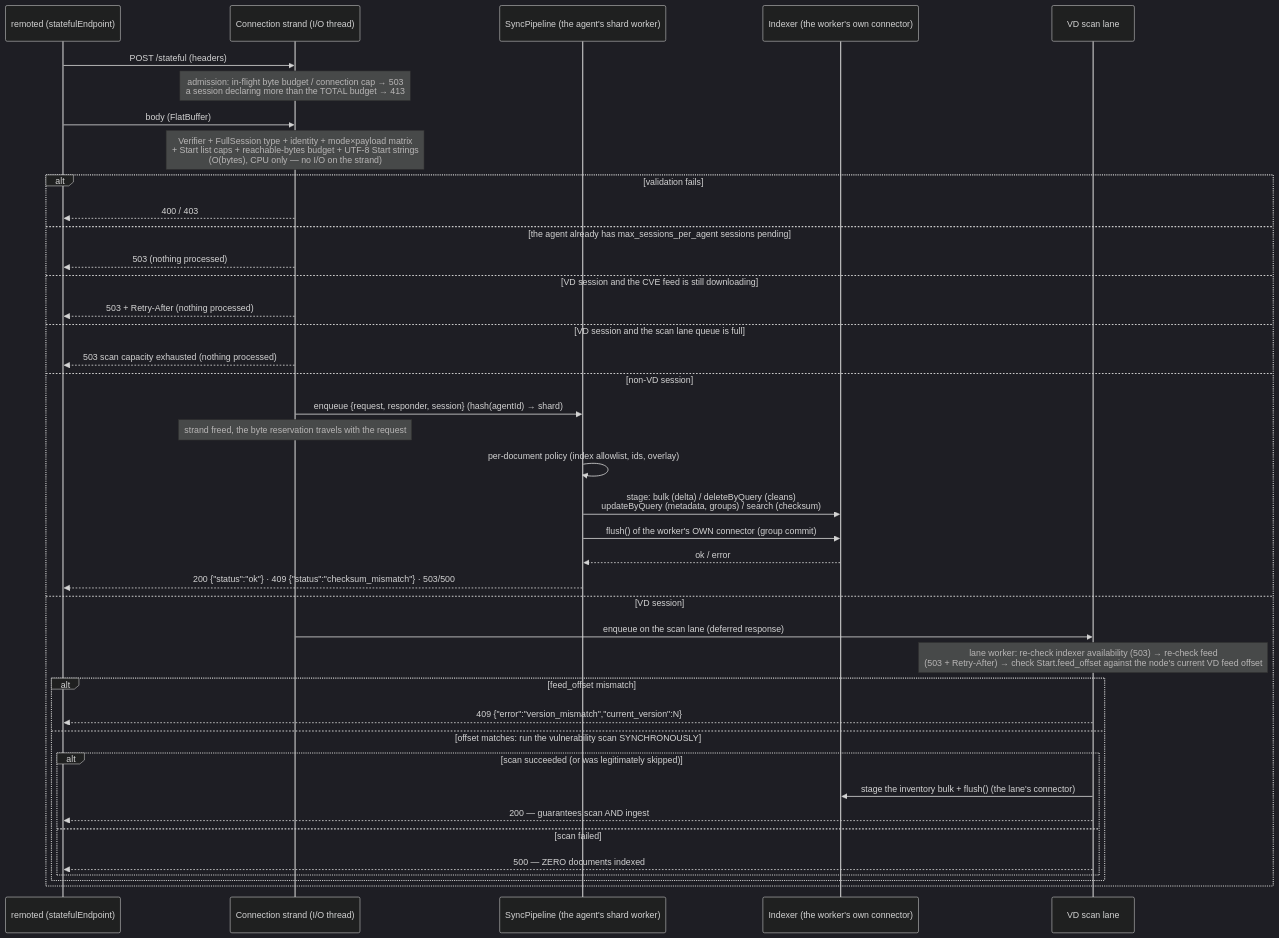
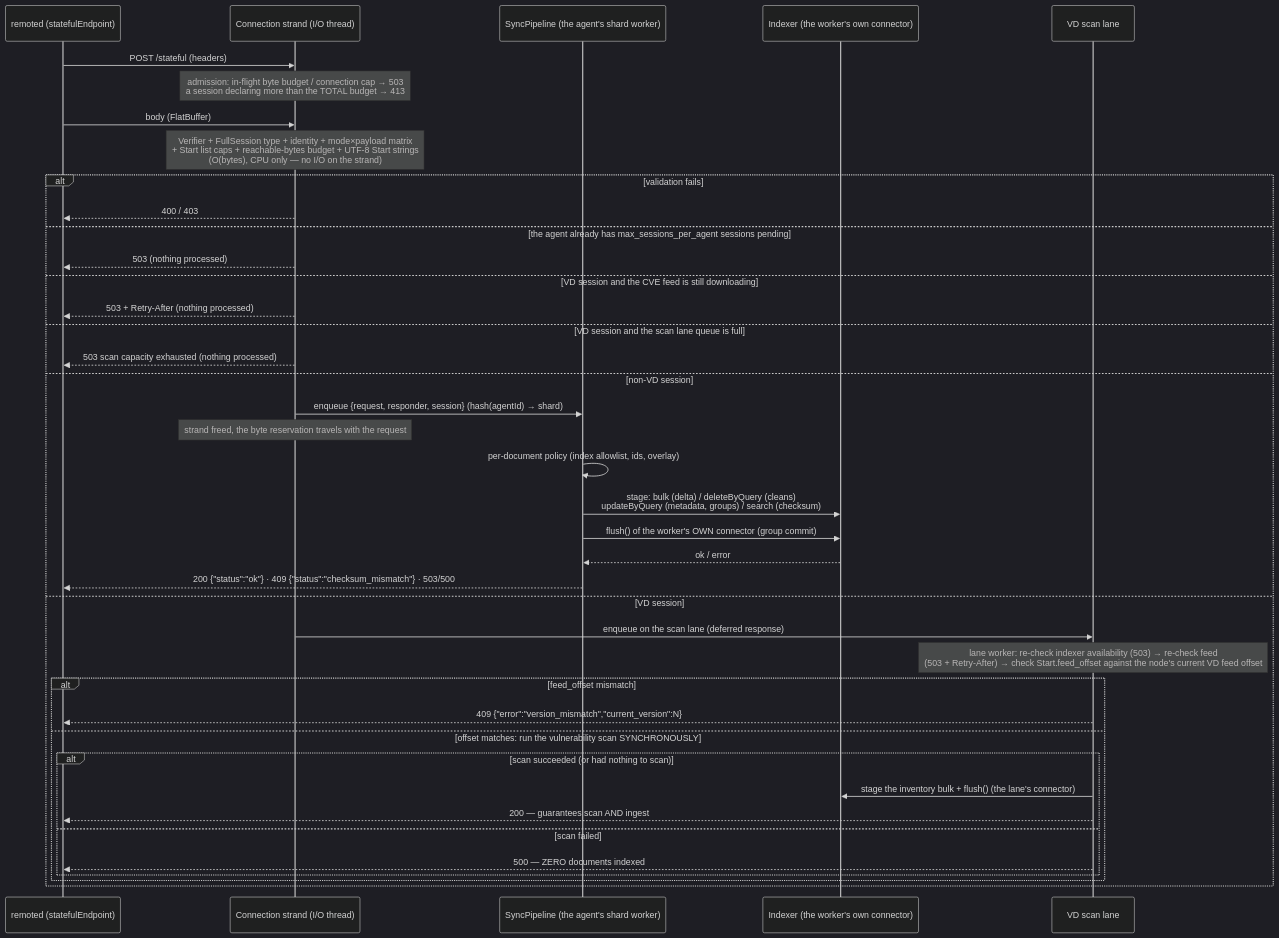
The second of 4 diagrams in docs/ref/modules/inventory-sync-server/architecture.md (wazuh/wazuh), drawn with Mermaid (dark theme) before and after one commit. The commit also changed other lines of this file and 84 other files, not shown here.

````diff
--- a/docs/ref/modules/inventory-sync-server/architecture.md
+++ b/docs/ref/modules/inventory-sync-server/architecture.md
@@ -58,42 +58,42 @@
 ```mermaid
 sequenceDiagram
     participant R as remoted (statefulEndpoint)
     participant S as Connection strand (I/O thread)
     participant Q as SyncPipeline (the agent's shard worker)
     participant IDX as Indexer (the worker's own connector)
     participant VQ as VD scan lane
     R->>S: POST /stateful (headers)
     Note over S: admission: in-flight byte budget / connection cap → 503<br/>a session declaring more than the TOTAL budget → 413
     R->>S: body (FlatBuffer)
     Note over S: Verifier + FullSession type + identity + mode×payload matrix<br/>+ Start list caps + reachable-bytes budget + UTF-8 Start strings<br/>(O(bytes), CPU only — no I/O on the strand)
     alt validation fails
         S-->>R: 400 / 403
     else the agent already has max_sessions_per_agent sessions pending
         S-->>R: 503 (nothing processed)
     else VD session and the CVE feed is still downloading
         S-->>R: 503 + Retry-After (nothing processed)
     else VD session and the scan lane queue is full
         S-->>R: 503 scan capacity exhausted (nothing processed)
     else non-VD session
         S->>Q: enqueue {request, responder, session} (hash(agentId) → shard)
         Note over S: strand freed, the byte reservation travels with the request
         Q->>Q: per-document policy (index allowlist, ids, overlay)
         Q->>IDX: stage: bulk (delta) / deleteByQuery (cleans)<br/>updateByQuery (metadata, groups) / search (checksum)
         Q->>IDX: flush() of the worker's OWN connector (group commit)
         IDX-->>Q: ok / error
         Q-->>R: 200 {"status":"ok"} · 409 {"status":"checksum_mismatch"} · 503/500
     else VD session
         S->>VQ: enqueue on the scan lane (deferred response)
         Note over VQ: lane worker: re-check indexer availability (503) → re-check feed<br/>(503 + Retry-After) → check Start.feed_offset against the node's current VD feed offset
         alt feed_offset mismatch
             VQ-->>R: 409 {"error":"version_mismatch","current_version":N}
         else offset matches: run the vulnerability scan SYNCHRONOUSLY
-            alt scan succeeded (or was legitimately skipped)
+            alt scan succeeded (or had nothing to scan)
                 VQ->>IDX: stage the inventory bulk + flush() (the lane's connector)
                 VQ-->>R: 200 — guarantees scan AND ingest
             else scan failed
                 VQ-->>R: 500 — ZERO documents indexed
             end
         end
     end
 ```
````
